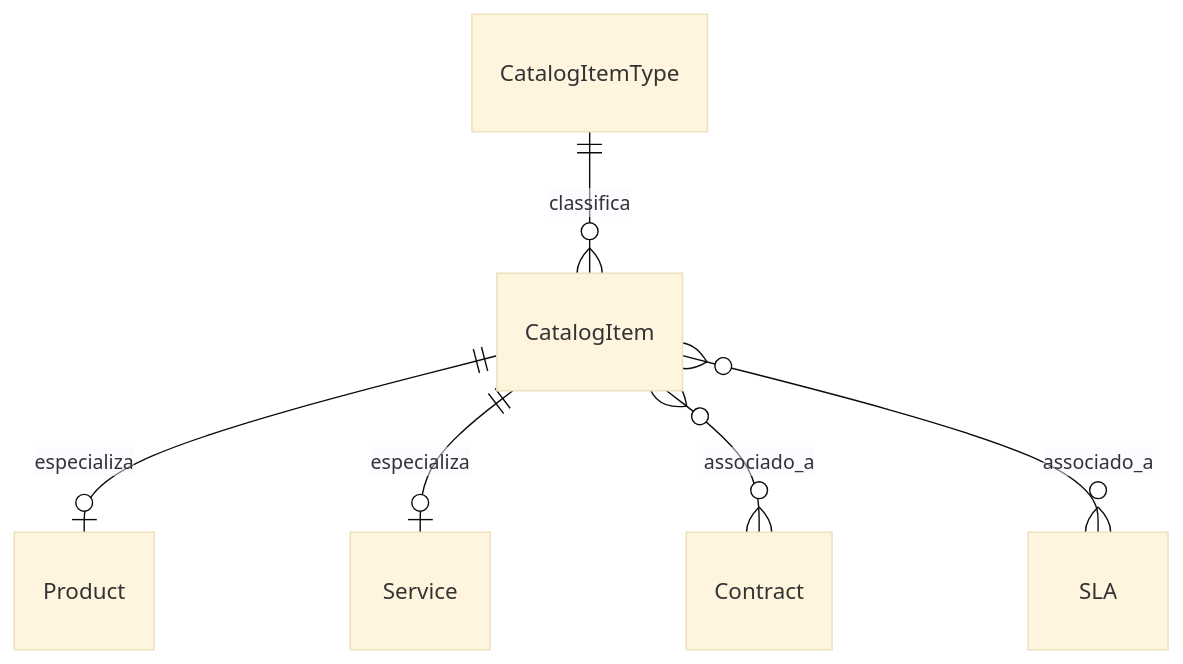
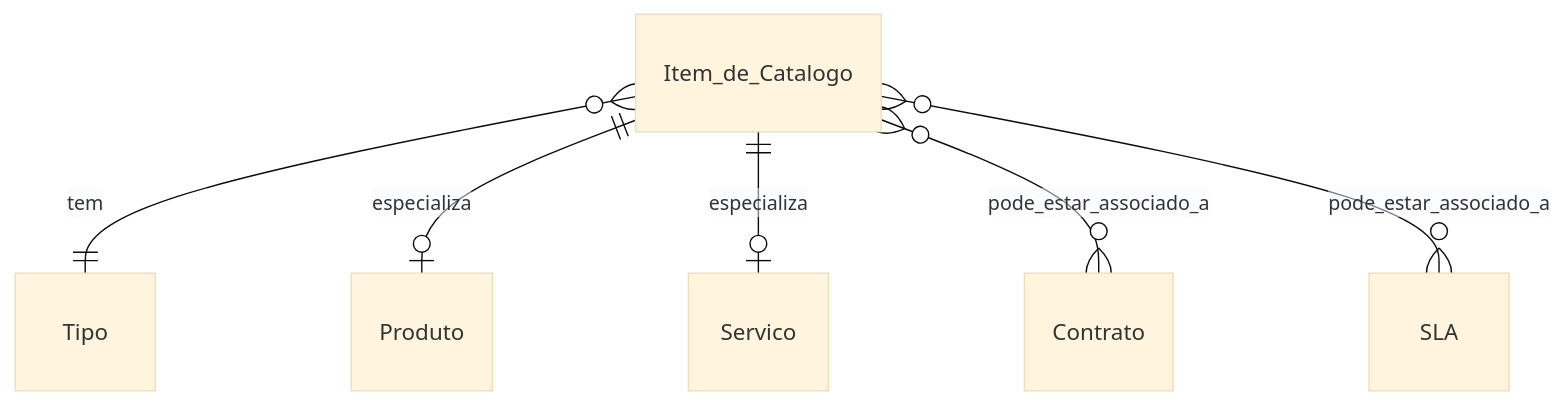
One commit to brisahelpdesk/mkdocs changed the second of 5 diagrams in docs/planning/database/relational-model.md. Above: the diagram before and after it, drawn with Mermaid (base theme). The commit also changed other lines of this file and 2 other files, not shown here.

````diff
--- a/docs/planning/database/relational-model.md
+++ b/docs/planning/database/relational-model.md
@@ -70,8 +71,8 @@
 ```mermaid
 erDiagram
-    CatalogItemType ||--o{ CatalogItem : classifica
-    CatalogItem ||--o| Product : especializa
-    CatalogItem ||--o| Service : especializa
-    CatalogItem }o--o{ Contract : associado_a
-    CatalogItem }o--o{ SLA : associado_a
+    Item_de_Catalogo }o--|| Tipo : tem
+    Item_de_Catalogo ||--o| Produto : especializa
+    Item_de_Catalogo ||--o| Servico : especializa
+    Item_de_Catalogo }o--o{ Contrato : pode_estar_associado_a
+    Item_de_Catalogo }o--o{ SLA : pode_estar_associado_a
 ```
````
